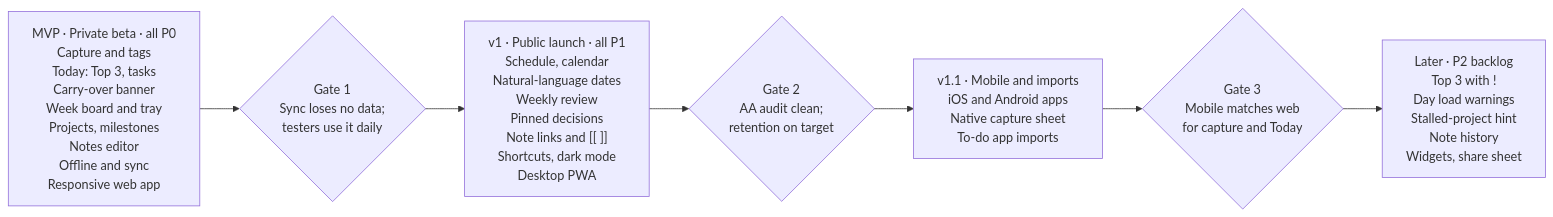
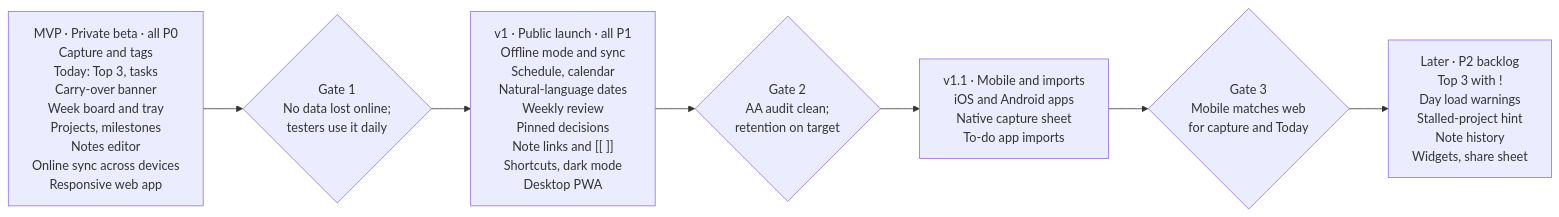
Before and after one commit to nuwannnz/daybook: the second of 2 diagrams in docs/product/PRD.md, drawn with Mermaid. The commit also changed other lines of this file and 34 other files, not shown here.

First line of the commit message:
docs: add architecture, ADRs and engineering guides

````diff
--- a/docs/product/PRD.md
+++ b/docs/product/PRD.md
@@ -319,11 +321,11 @@
 ```mermaid
 flowchart LR
-  MVP["MVP · Private beta · all P0<br/>Capture and tags<br/>Today: Top 3, tasks<br/>Carry-over banner<br/>Week board and tray<br/>Projects, milestones<br/>Notes editor<br/>Offline and sync<br/>Responsive web app"]
-  G1{"Gate 1<br/>Sync loses no data;<br/>testers use it daily"}
-  V1["v1 · Public launch · all P1<br/>Schedule, calendar<br/>Natural-language dates<br/>Weekly review<br/>Pinned decisions<br/>Note links and [[ ]]<br/>Shortcuts, dark mode<br/>Desktop PWA"]
+  MVP["MVP · Private beta · all P0<br/>Capture and tags<br/>Today: Top 3, tasks<br/>Carry-over banner<br/>Week board and tray<br/>Projects, milestones<br/>Notes editor<br/>Online sync across devices<br/>Responsive web app"]
+  G1{"Gate 1<br/>No data lost online;<br/>testers use it daily"}
+  V1["v1 · Public launch · all P1<br/>Offline mode and sync<br/>Schedule, calendar<br/>Natural-language dates<br/>Weekly review<br/>Pinned decisions<br/>Note links and [[ ]]<br/>Shortcuts, dark mode<br/>Desktop PWA"]
   G2{"Gate 2<br/>AA audit clean;<br/>retention on target"}
   V11["v1.1 · Mobile and imports<br/>iOS and Android apps<br/>Native capture sheet<br/>To-do app imports"]
   G3{"Gate 3<br/>Mobile matches web<br/>for capture and Today"}
   Later["Later · P2 backlog<br/>Top 3 with !<br/>Day load warnings<br/>Stalled-project hint<br/>Note history<br/>Widgets, share sheet"]
   MVP --> G1 --> V1 --> G2 --> V11 --> G3 --> Later
 ```
````
